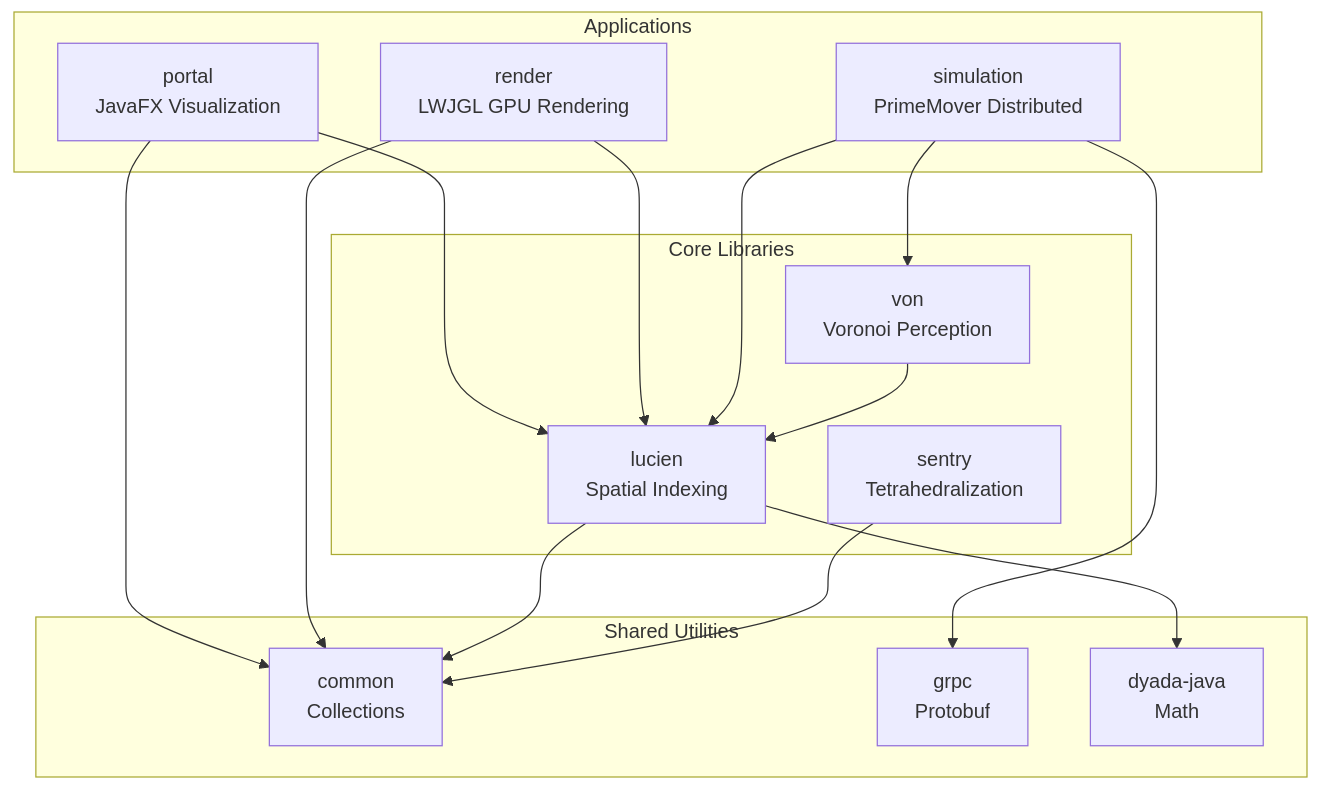
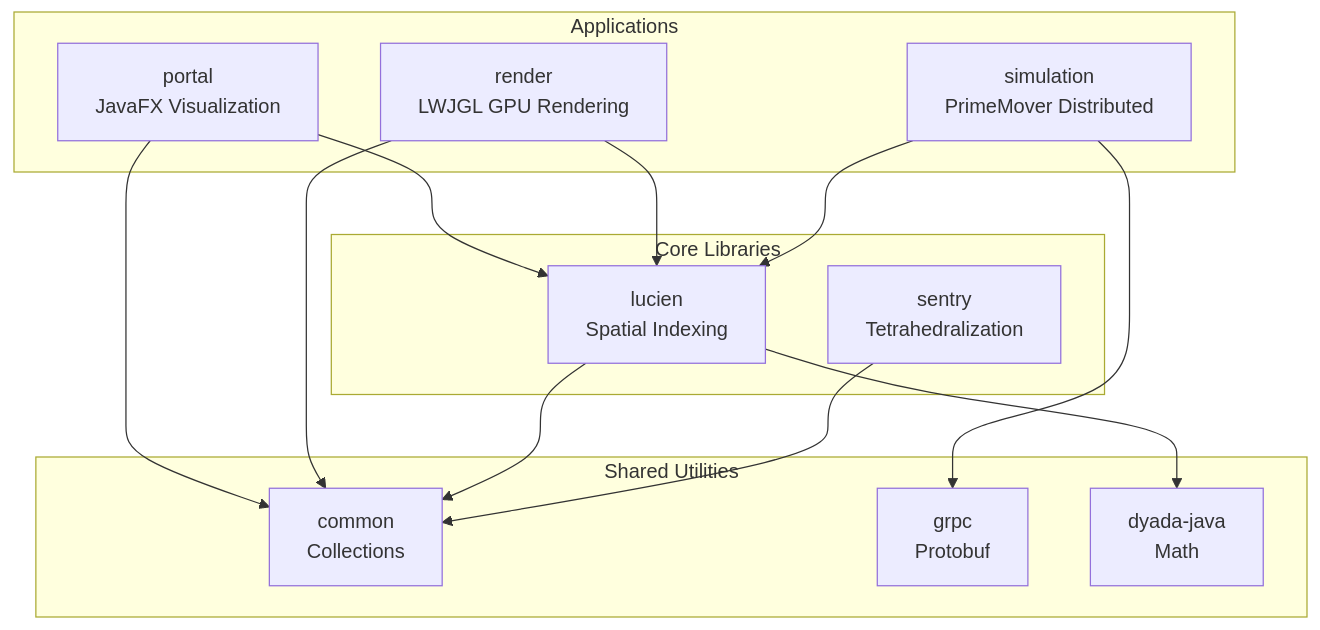
The diagram in ARCHITECTURE.md (Hellblazer/Luciferase), drawn with Mermaid before and after one commit. The commit also changed other lines of this file and 3 other files, not shown here.

First line of the commit message:
docs: update README and architecture docs — fix counts, remove von module, add 12-DOP

````diff
--- a/ARCHITECTURE.md
+++ b/ARCHITECTURE.md
@@ -44,32 +44,29 @@
 ```mermaid
 graph TD
     subgraph Applications
         Portal[portal<br/>JavaFX Visualization]
         Render[render<br/>LWJGL GPU Rendering]
         Simulation[simulation<br/>PrimeMover Distributed]
     end
 
     subgraph "Core Libraries"
         Lucien[lucien<br/>Spatial Indexing]
         Sentry[sentry<br/>Tetrahedralization]
-        Von[von<br/>Voronoi Perception]
     end
 
     subgraph "Shared Utilities"
         Common[common<br/>Collections]
         GRPC[grpc<br/>Protobuf]
         Dyada[dyada-java<br/>Math]
     end
 
     Portal --> Lucien
     Portal --> Common
     Render --> Lucien
     Render --> Common
     Simulation --> Lucien
-    Simulation --> Von
     Simulation --> GRPC
-    Von --> Lucien
     Lucien --> Common
     Lucien --> Dyada
     Sentry --> Common
 ```
````
